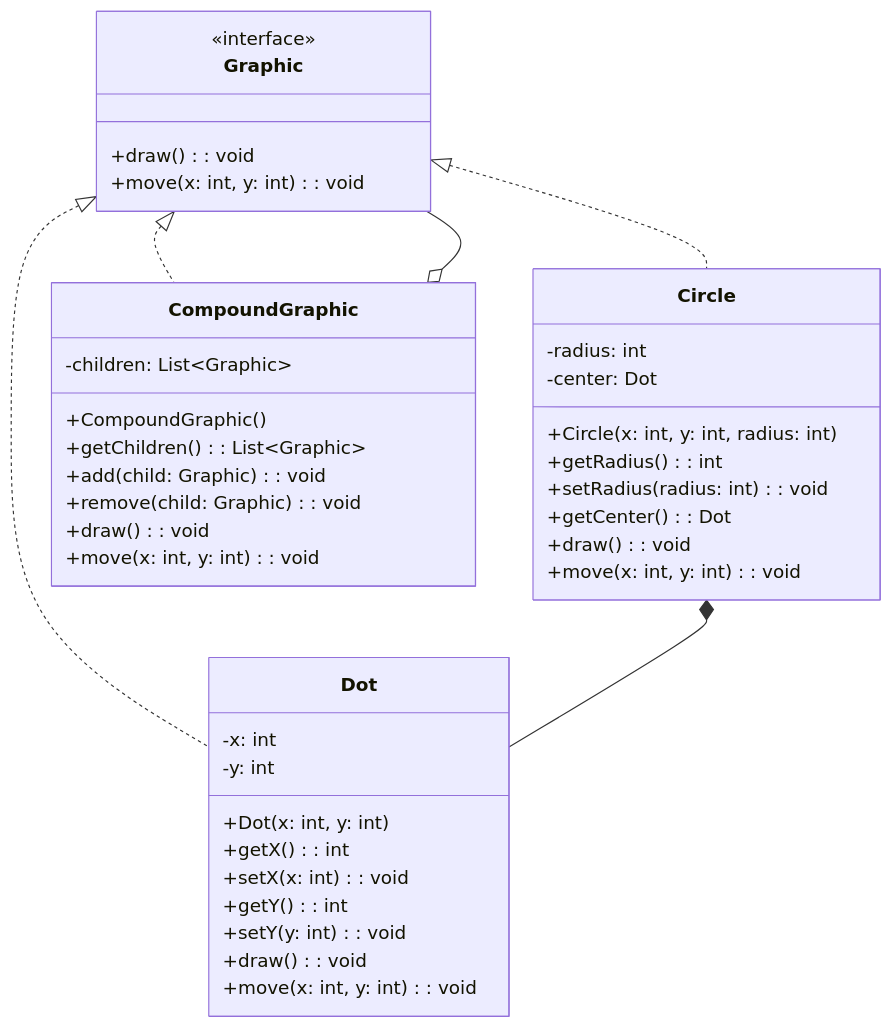
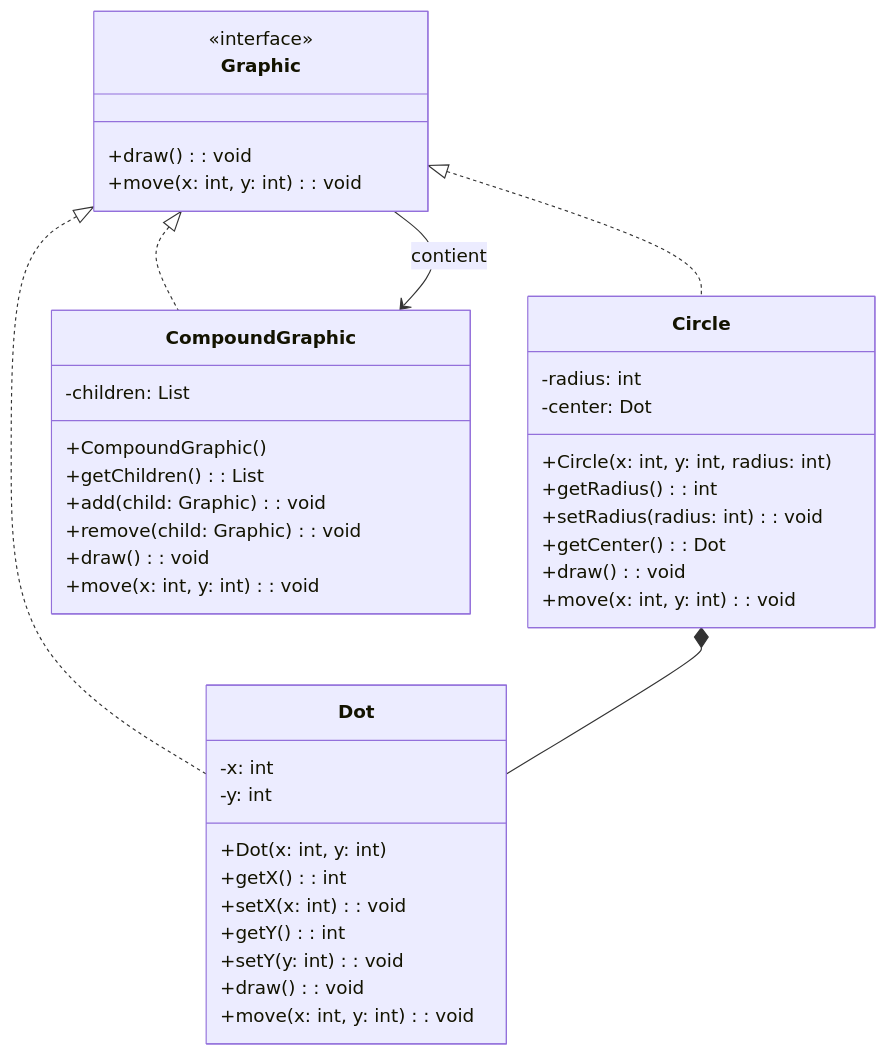
Before and after one commit to ophenix-maisonneuve/420-930-ma-site-web: the diagram in _notes/patterns/structure/pattern-composite.md, drawn with Mermaid.

Commit message:
correction mineure diagramme classes composite

````diff
--- a/_notes/patterns/structure/pattern-composite.md
+++ b/_notes/patterns/structure/pattern-composite.md
@@ -28,43 +28,43 @@
 ```mermaid
 classDiagram
 class Graphic {
   <<interface>>
   +draw(): void
   +move(x: int, y: int): void
 }
 Graphic <|.. Dot
 Graphic <|.. Circle
 Graphic <|.. CompoundGraphic
 class Dot {
   -x: int
   -y: int
   +Dot(x: int, y: int)
   +getX(): int
   +setX(x: int): void
   +getY(): int
   +setY(y: int): void
   +draw(): void
   +move(x: int, y: int): void
 }
 class Circle {
   -radius: int
   -center: Dot
   +Circle(x: int, y: int, radius: int)
   +getRadius(): int
   +setRadius(radius: int): void
   +getCenter(): Dot
   +draw(): void
   +move(x: int, y: int): void
 }
 class CompoundGraphic {
-  -children: List~Graphic~
+  -children: List<Graphic>
   +CompoundGraphic()
-  +getChildren(): List~Graphic~
+  +getChildren(): List<Graphic>
   +add(child: Graphic): void
   +remove(child: Graphic): void
   +draw(): void
   +move(x: int, y: int): void
 }
-CompoundGraphic o-- Graphic
+CompoundGraphic <-- Graphic : contient
 Circle *-- Dot
 ```
````
